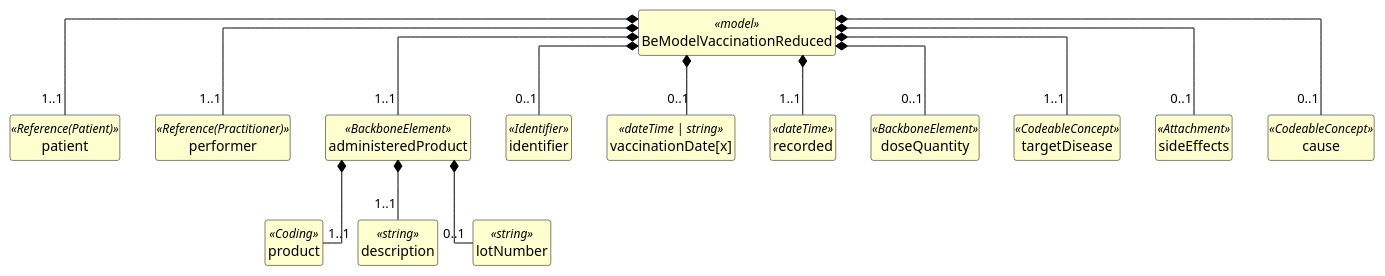
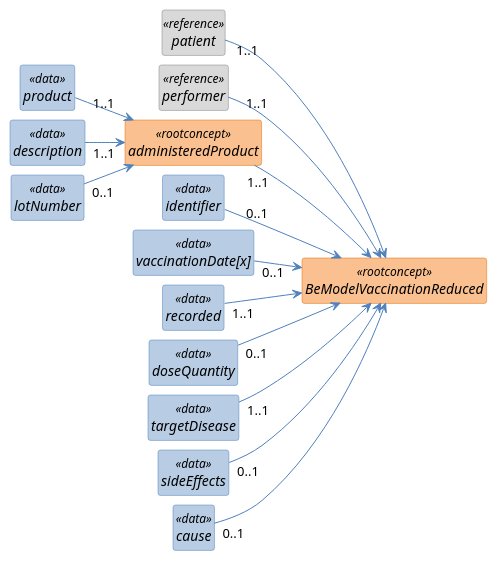
One commit to caresets/caresets-src changed the diagram in exports/diagrams/BeModelVaccinationReduced-uml.puml. Above: the diagram before and after it, drawn with PlantUML. The commit also changed 287 other files, not shown here.

```diff
--- a/exports/diagrams/BeModelVaccinationReduced-uml.puml
+++ b/exports/diagrams/BeModelVaccinationReduced-uml.puml
@@ -1,70 +1,77 @@
 @startuml
+left to right direction
 skinparam shadowing false
+skinparam nodesep 10
+skinparam ranksep 40
 skinparam classAttributeIconSize 0
-skinparam linetype ortho
 skinparam class {
-  BackgroundColor #FEFECE
-  BorderColor #000000
-  ArrowColor #000000
-  FontStyle bold
-  AttributeFontStyle normal
+  FontStyle italic
+  BackgroundColor<<rootconcept>> #FAC08F
+  BorderColor<<rootconcept>> #E36C0A
+  BackgroundColor<<data>> #B8CCE4
+  BorderColor<<data>> #4F81BD
+  BackgroundColor<<reference>> #D9D9D9
+  BorderColor<<reference>> #808080
+  BackgroundColor<<value set>> #C3D69B
+  BorderColor<<value set>> #77933C
+  ArrowColor #4F81BD
 }
 hide circle
 hide empty members
 
-class "BeModelVaccinationReduced" as BeModelVaccinationReduced <<model>> {
+class "BeModelVaccinationReduced" as BeModelVaccinationReduced <<rootconcept>> {
 }
 
-class "patient" as BeModelVaccinationReduced_patient <<Reference(Patient)>> {
+class "patient" as BeModelVaccinationReduced_patient <<reference>> {
 }
 
-class "performer" as BeModelVaccinationReduced_performer <<Reference(Practitioner)>> {
+class "performer" as BeModelVaccinationReduced_performer <<reference>> {
 }
 
-class "administeredProduct" as BeModelVaccinationReduced_administeredProduct <<BackboneElement>> {
+class "administeredProduct" as BeModelVaccinationReduced_administeredProduct <<rootconcept>> {
 }
 
-class "product" as BeModelVaccinationReduced_administeredProduct_product <<Coding>> {
+class "product" as BeModelVaccinationReduced_administeredProduct_product <<data>> {
 }
 
-class "description" as BeModelVaccinationReduced_administeredProduct_description <<string>> {
+class "description" as BeModelVaccinationReduced_administeredProduct_description <<data>> {
 }
 
-class "lotNumber" as BeModelVaccinationReduced_administeredProduct_lotNumber <<string>> {
+class "lotNumber" as BeModelVaccinationReduced_administeredProduct_lotNumber <<data>> {
 }
 
-class "identifier" as BeModelVaccinationReduced_identifier <<Identifier>> {
+class "identifier" as BeModelVaccinationReduced_identifier <<data>> {
 }
 
-class "vaccinationDate[x]" as BeModelVaccinationReduced_vaccinationDate_x_ <<dateTime | string>> {
+class "vaccinationDate[x]" as BeModelVaccinationReduced_vaccinationDate_x_ <<data>> {
 }
 
-class "recorded" as BeModelVaccinationReduced_recorded <<dateTime>> {
+class "recorded" as BeModelVaccinationReduced_recorded <<data>> {
 }
 
-class "doseQuantity" as BeModelVaccinationReduced_doseQuantity <<BackboneElement>> {
+class "doseQuantity" as BeModelVaccinationReduced_doseQuantity <<data>> {
 }
 
-class "targetDisease" as BeModelVaccinationReduced_targetDisease <<CodeableConcept>> {
+class "targetDisease" as BeModelVaccinationReduced_targetDisease <<data>> {
 }
 
-class "sideEffects" as BeModelVaccinationReduced_sideEffects <<Attachment>> {
+class "sideEffects" as BeModelVaccinationReduced_sideEffects <<data>> {
 }
 
-class "cause" as BeModelVaccinationReduced_cause <<CodeableConcept>> {
+class "cause" as BeModelVaccinationReduced_cause <<data>> {
 }
 
-BeModelVaccinationReduced *-- "1..1" BeModelVaccinationReduced_patient
-BeModelVaccinationReduced *-- "1..1" BeModelVaccinationReduced_performer
-BeModelVaccinationReduced *-- "1..1" BeModelVaccinationReduced_administeredProduct
-BeModelVaccinationReduced_administeredProduct *-- "1..1" BeModelVaccinationReduced_administeredProduct_product
-BeModelVaccinationReduced_administeredProduct *-- "1..1" BeModelVaccinationReduced_administeredProduct_description
-BeModelVaccinationReduced_administeredProduct *-- "0..1" BeModelVaccinationReduced_administeredProduct_lotNumber
-BeModelVaccinationReduced *-- "0..1" BeModelVaccinationReduced_identifier
-BeModelVaccinationReduced *-- "0..1" BeModelVaccinationReduced_vaccinationDate_x_
-BeModelVaccinationReduced *-- "1..1" BeModelVaccinationReduced_recorded
-BeModelVaccinationReduced *-- "0..1" BeModelVaccinationReduced_doseQuantity
-BeModelVaccinationReduced *-- "1..1" BeModelVaccinationReduced_targetDisease
-BeModelVaccinationReduced *-- "0..1" BeModelVaccinationReduced_sideEffects
-BeModelVaccinationReduced *-- "0..1" BeModelVaccinationReduced_cause
+BeModelVaccinationReduced_patient "1..1" --> BeModelVaccinationReduced
+BeModelVaccinationReduced_performer "1..1" --> BeModelVaccinationReduced
+BeModelVaccinationReduced_administeredProduct "1..1" --> BeModelVaccinationReduced
+BeModelVaccinationReduced_administeredProduct_product "1..1" --> BeModelVaccinationReduced_administeredProduct
+BeModelVaccinationReduced_administeredProduct_description "1..1" --> BeModelVaccinationReduced_administeredProduct
+BeModelVaccinationReduced_administeredProduct_lotNumber "0..1" --> BeModelVaccinationReduced_administeredProduct
+BeModelVaccinationReduced_identifier "0..1" --> BeModelVaccinationReduced
+BeModelVaccinationReduced_vaccinationDate_x_ "0..1" --> BeModelVaccinationReduced
+BeModelVaccinationReduced_recorded "1..1" --> BeModelVaccinationReduced
+BeModelVaccinationReduced_doseQuantity "0..1" --> BeModelVaccinationReduced
+BeModelVaccinationReduced_targetDisease "1..1" --> BeModelVaccinationReduced
+BeModelVaccinationReduced_sideEffects "0..1" --> BeModelVaccinationReduced
+BeModelVaccinationReduced_cause "0..1" --> BeModelVaccinationReduced
 @enduml
```
